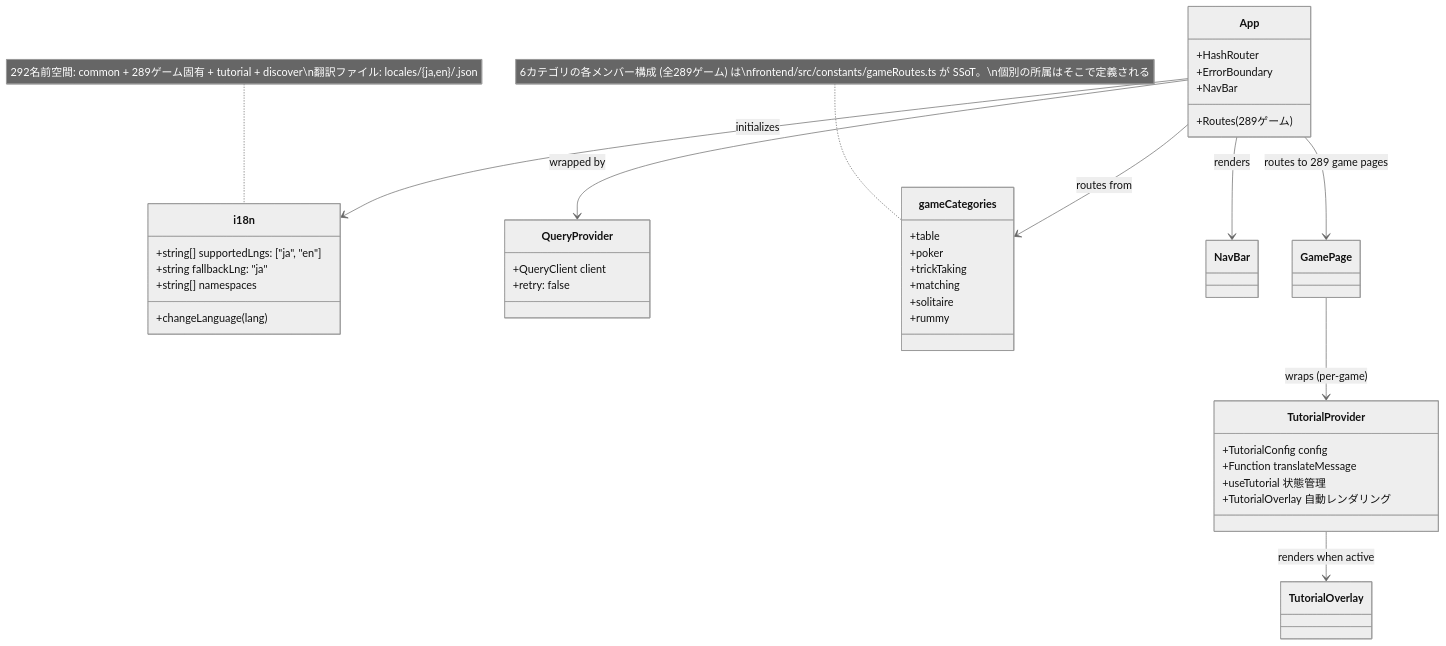
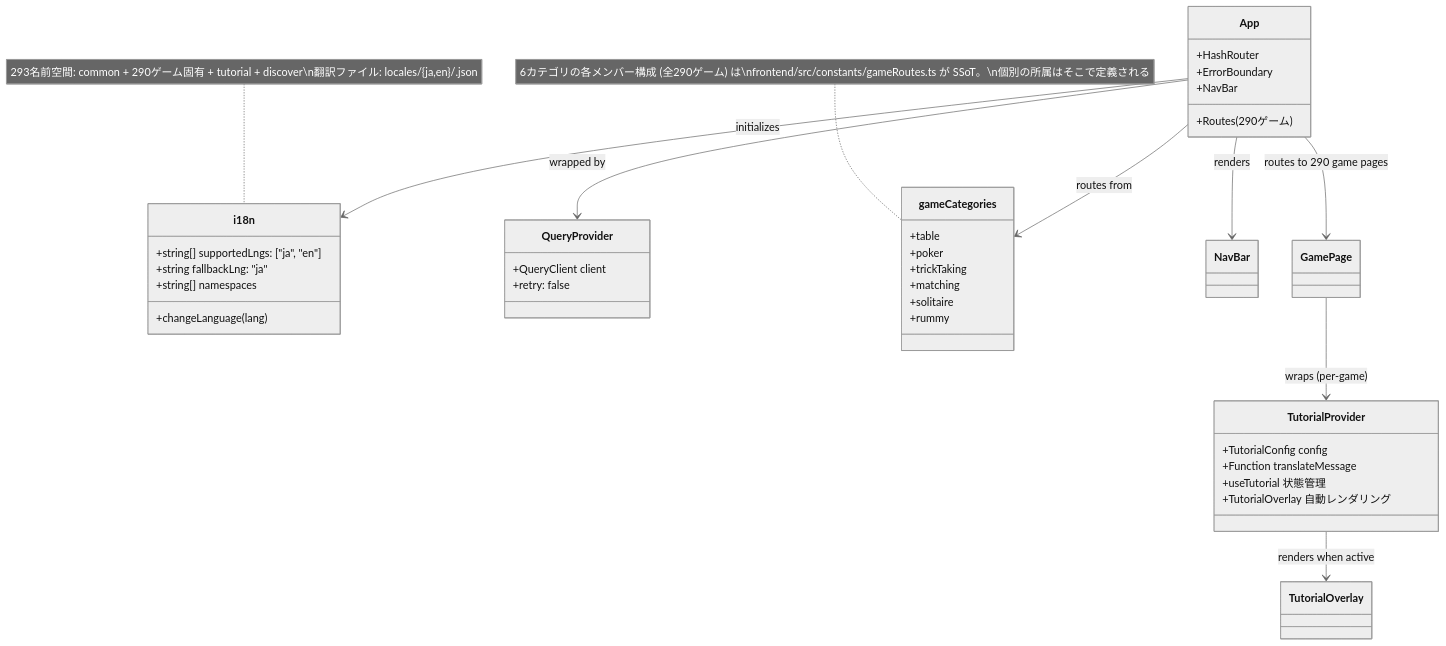
Before and after one commit to yuta-yoshinaga/go_trumpcards: the ninth of 49 diagrams in docs/design/frontend.md, drawn with Mermaid (neutral theme). The commit also changed other lines of this file and 61 other files, not shown here.

````diff
--- a/docs/design/frontend.md
+++ b/docs/design/frontend.md
@@ -1869,48 +1869,48 @@
 ```mermaid
 classDiagram
     class i18n {
         +string[] supportedLngs: ["ja", "en"]
         +string fallbackLng: "ja"
         +string[] namespaces
         +changeLanguage(lang)
     }
 
     class QueryProvider {
         +QueryClient client
         +retry: false
     }
 
     class App {
         +HashRouter
         +ErrorBoundary
         +NavBar
-        +Routes (289ゲーム)
+        +Routes (290ゲーム)
     }
 
     class gameCategories {
         +table
         +poker
         +trickTaking
         +matching
         +solitaire
         +rummy
     }
-    note for gameCategories "6カテゴリの各メンバー構成 (全289ゲーム) は\nfrontend/src/constants/gameRoutes.ts が SSoT。\n個別の所属はそこで定義される"
+    note for gameCategories "6カテゴリの各メンバー構成 (全290ゲーム) は\nfrontend/src/constants/gameRoutes.ts が SSoT。\n個別の所属はそこで定義される"
 
     class TutorialProvider {
         +TutorialConfig config
         +Function translateMessage
         +useTutorial 状態管理
         +TutorialOverlay 自動レンダリング
     }
 
     App --> QueryProvider : wrapped by
     App --> i18n : initializes
     App --> gameCategories : routes from
     App --> NavBar : renders
-    App --> GamePage : routes to 289 game pages
+    App --> GamePage : routes to 290 game pages
     GamePage --> TutorialProvider : wraps (per-game)
     TutorialProvider --> TutorialOverlay : renders when active
 
-    note for i18n "292名前空間: common + 289ゲーム固有 + tutorial + discover\n翻訳ファイル: locales/{ja,en}/<game>.json"
+    note for i18n "293名前空間: common + 290ゲーム固有 + tutorial + discover\n翻訳ファイル: locales/{ja,en}/<game>.json"
 ```
````
